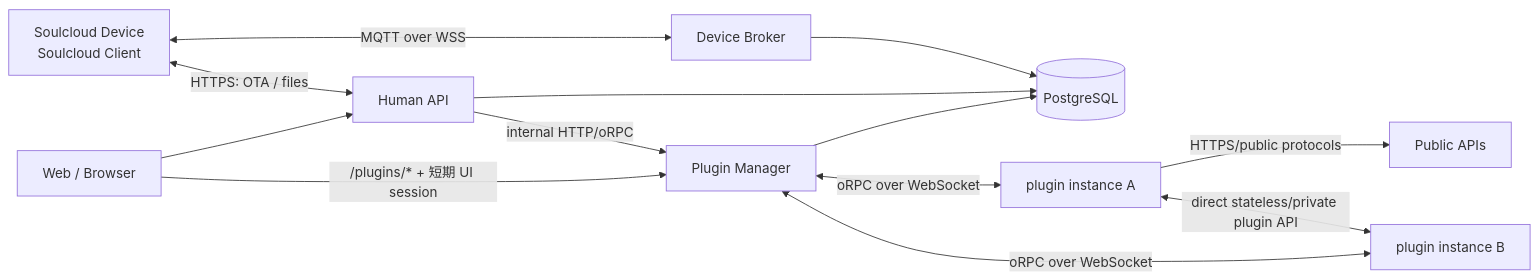
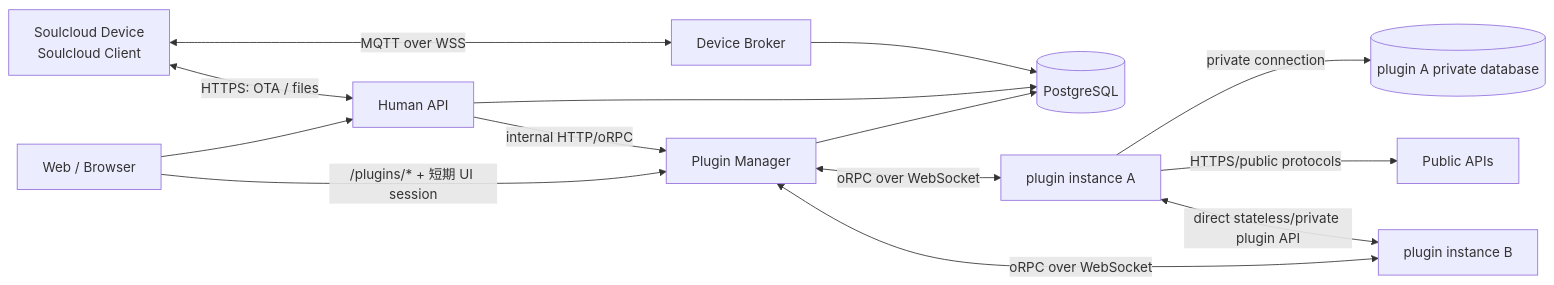
The diagram in docs/zh/plugin-architecture.md (huming2207/soulcloud.js), drawn with Mermaid before and after one commit. The commit also changed other lines of this file and 4 other files, not shown here.

````diff
--- a/docs/zh/plugin-architecture.md
+++ b/docs/zh/plugin-architecture.md
@@ -32,19 +32,20 @@
 ```mermaid
 flowchart LR
     Web[Web / Browser] --> HumanAPI[Human API]
     Web -->|/plugins/* + 短期 UI session| Manager[Plugin Manager]
 
     Device[Soulcloud Device\nSoulcloud Client] <-->|MQTT over WSS| Broker[Device Broker]
     Device <-->|HTTPS: OTA / files| HumanAPI
 
     HumanAPI --> DB[(PostgreSQL)]
     Broker --> DB
     Manager --> DB
 
     HumanAPI -->|internal HTTP/oRPC| Manager
     Manager <-->|oRPC over WebSocket| PluginA[plugin instance A]
     Manager <-->|oRPC over WebSocket| PluginB[plugin instance B]
 
+    PluginA -->|private connection| PluginDB[(plugin A private database)]
     PluginA -->|HTTPS/public protocols| PublicAPI[Public APIs]
     PluginA <-->|direct stateless/private plugin API| PluginB
 ```
````
